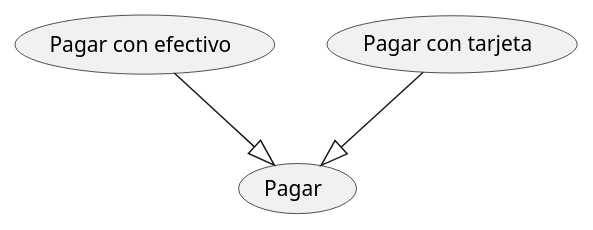
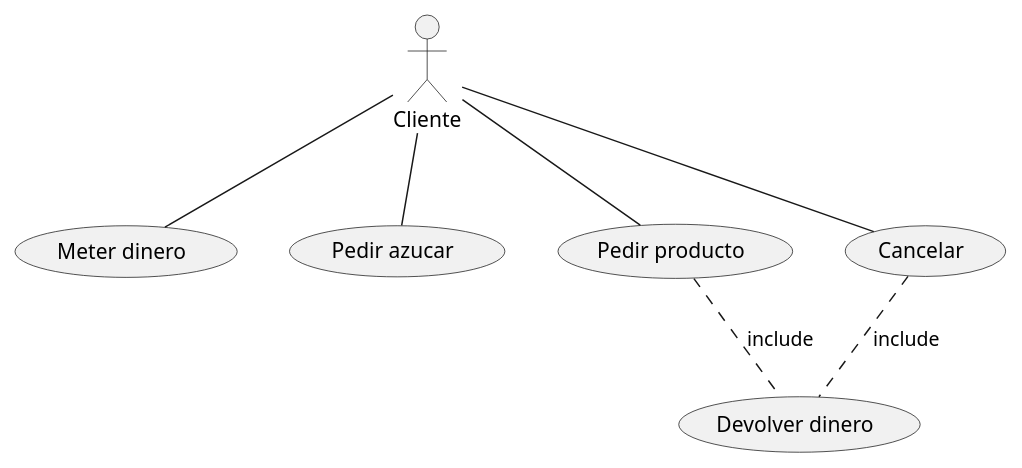
The diagram in src/CasosDeUso.puml (Dpketes/CasosDeUso), drawn with PlantUML before and after one commit.

Commit message:
Ejemplo variado

```diff
--- a/src/CasosDeUso.puml
+++ b/src/CasosDeUso.puml
@@ -1,8 +1,16 @@
 @startuml
-(Pagar con efectivo)
-(Pagar con tarjeta)
-(Pagar)
+:Cliente:
+(Meter dinero)
+(Pedir azucar)
+(Pedir producto)
+(Cancelar)
+(Devolver dinero)
 
-(Pagar con tarjeta)--|>(Pagar)
-(Pagar con efectivo)--|>(Pagar)
+Cliente--(Meter dinero)
+Cliente--(Pedir azucar)
+Cliente--(Pedir producto)
+Cliente--(Cancelar)
+
+(Cancelar)..(Devolver dinero) : include
+(Pedir producto)..(Devolver dinero) : include
 @enduml
```
